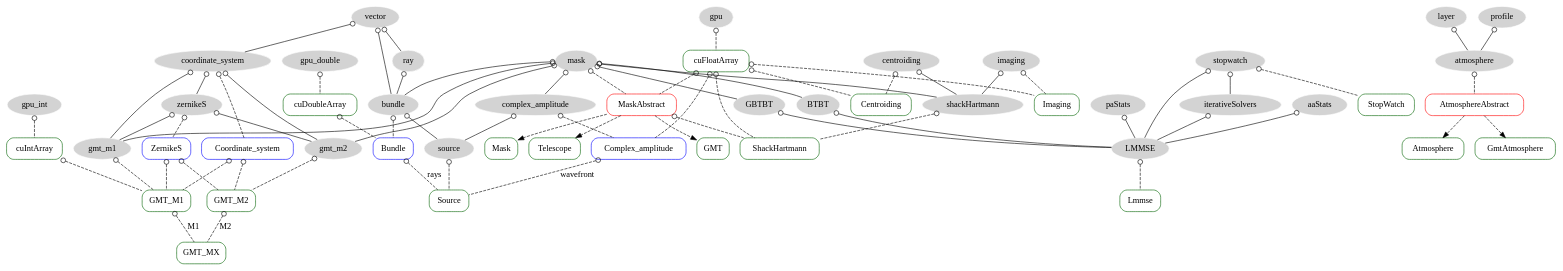
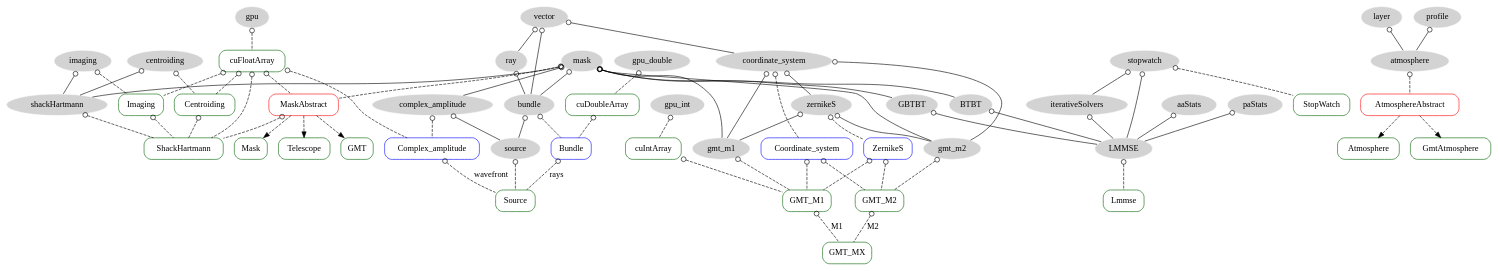
Before and after one commit to rconan/CEO: the diagram in graph/ceo.dot, drawn with Graphviz. The commit also changed 4 other files, not shown here.

Commit message:
TRANSFER ATTRIBUTES FROM SHACKHARTMANN TO IMAGING AND CENTROIDING Attributes of ShackHartmann now points to the rightfull attributes in the corresponding Imaging and Centroiding objects

```diff
--- a/graph/ceo.dot
+++ b/graph/ceo.dot
@@ -1,107 +1,109 @@
 digraph {
 overlap=false
 splines=true
 node[style=filled,fillcolor=lightgrey,color=white];
 edge[arrowtail=odot,dir=back];
 
 mask -> shackHartmann;
 imaging -> shackHartmann;
 centroiding -> shackHartmann;
 bundle -> source;
 
 coordinate_system -> zernikeS;
 coordinate_system -> gmt_m1;
 coordinate_system -> gmt_m2
 
 mask -> gmt_m1;
 mask -> gmt_m2;
 mask -> complex_amplitude;
 
 zernikeS -> gmt_m1;
 zernikeS -> gmt_m2;
 
 vector -> coordinate_system;
 vector -> bundle;
 
 mask -> bundle;
 ray -> bundle;
 vector -> ray;
 complex_amplitude -> source;
 
 layer -> atmosphere;
 profile -> atmosphere;
 
 mask -> BTBT;
 mask -> GBTBT;
 aaStats -> LMMSE;
 paStats -> LMMSE;
 BTBT -> LMMSE;
 GBTBT -> LMMSE;
 iterativeSolvers -> LMMSE;
 stopwatch -> LMMSE;
 stopwatch -> iterativeSolvers;
 
 gpu;
 gpu_int;
 gpu_double;
 
 node[color=darkgreen,style=rounded,shape=box];
 edge[style=dashed]
 
 centroiding -> Centroiding;
 imaging -> Imaging;
 cuFloatArray -> Imaging;
 cuFloatArray -> Centroiding;
 
 source -> Source;
 Complex_amplitude[color=blue];
 complex_amplitude -> Complex_amplitude;
 cuFloatArray -> Complex_amplitude;
 Bundle[color=blue];
 bundle -> Bundle;
 cuDoubleArray -> Bundle;
 Complex_amplitude -> Source[label="wavefront"];
 Bundle -> Source[label="rays"];
 
 shackHartmann -> ShackHartmann;
 MaskAbstract -> ShackHartmann;
 cuFloatArray -> ShackHartmann
+Imaging -> ShackHartmann;
+Centroiding -> ShackHartmann;
 
 gmt_m1 -> GMT_M1;
 cuIntArray -> GMT_M1;
 gmt_m2 -> GMT_M2;
 ZernikeS[color=blue];
 zernikeS -> ZernikeS;
 ZernikeS -> GMT_M1;
 ZernikeS -> GMT_M2;
 GMT_M1 -> GMT_MX[label="M1"];
 GMT_M2 -> GMT_MX[label="M2"];
 Coordinate_system[color=blue];
 coordinate_system -> Coordinate_system;
 Coordinate_system -> GMT_M1;
 Coordinate_system -> GMT_M2;
 
 AtmosphereAbstract[color=red];
 atmosphere -> AtmosphereAbstract;
 
 MaskAbstract[color=red]
 mask -> MaskAbstract;
 cuFloatArray -> MaskAbstract;
 
 stopwatch -> StopWatch;
 
 gpu -> cuFloatArray;
 gpu_int -> cuIntArray;
 gpu_double -> cuDoubleArray;
 LMMSE -> Lmmse;
 
 edge[dir=forward];
 
 AtmosphereAbstract -> Atmosphere;
 AtmosphereAbstract -> GmtAtmosphere;
 
 MaskAbstract -> Mask;
 MaskAbstract -> Telescope;
 MaskAbstract -> GMT;
 
 }
```
